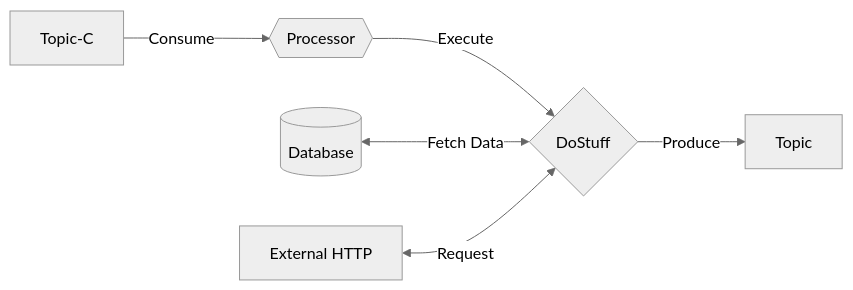
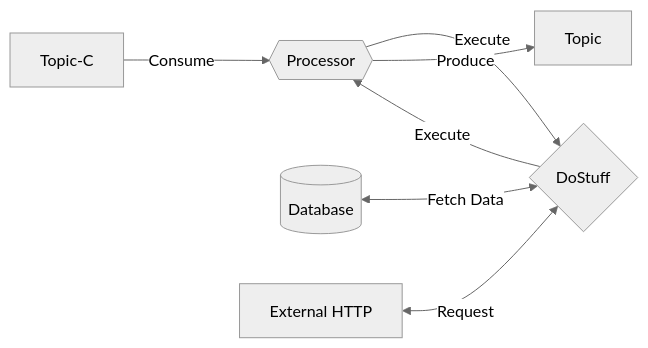
The third of 5 diagrams in README.md (pmdevers/MinimalKafka), drawn with Mermaid (neutral theme) before and after one commit.

````diff
--- a/README.md
+++ b/README.md
@@ -112,8 +112,10 @@
 ```mermaid
 flowchart LR
     A[Topic-C] -->|Consume| B
     B{{Processor}} --> |Execute| C
+    C{DoStuff} --> |Execute| B
     D[(Database)] <--> |Fetch Data| C
     E[External HTTP] <-->|Request| C
-    C{DoStuff} -->|Produce| F[Topic]
+    
+    B -->  |Produce| F[Topic]
 ```
````
